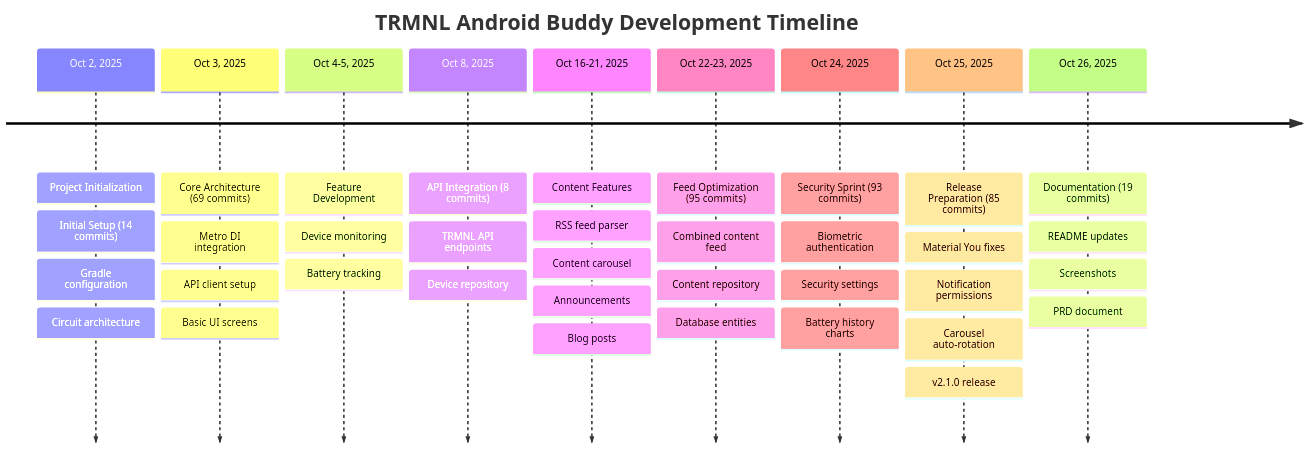
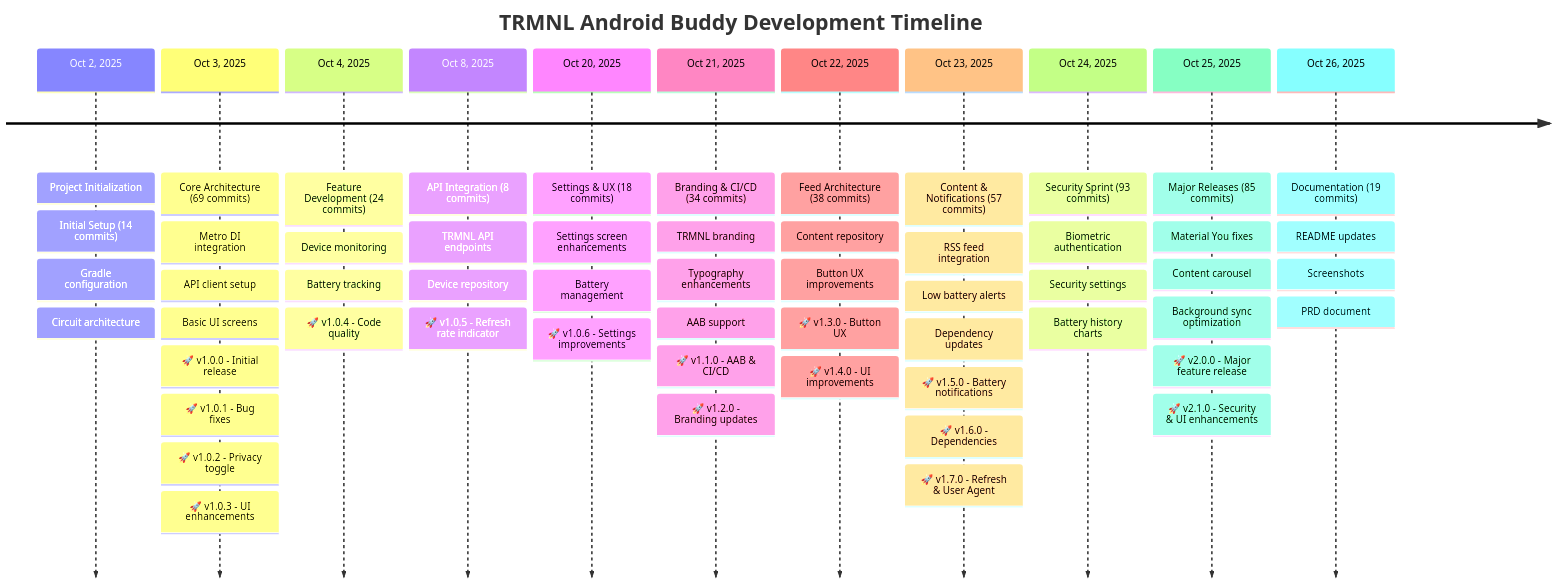
One commit to hossain-khan/trmnl-android-buddy changed the third of 3 diagrams in docs/PROJECT_ANALYSIS.md. Above: the diagram before and after it, drawn with Mermaid.

Commit message:
docs: Enhance timeline graph with all release tags
- Added all 16 release versions (v1.0.0 to v2.1.0) to timeline
- Organized releases by date with rocket emoji (🚀) for visibility
- Expanded timeline to show more granular development phases
- Includes release descriptions and key features for each version

````diff
--- a/docs/PROJECT_ANALYSIS.md
+++ b/docs/PROJECT_ANALYSIS.md
@@ -222,49 +222,71 @@
 ```mermaid
 timeline
     title TRMNL Android Buddy Development Timeline
     
     Oct 2, 2025 : Project Initialization
                 : Initial Setup (14 commits)
                 : Gradle configuration
                 : Circuit architecture
     
     Oct 3, 2025 : Core Architecture (69 commits)
                 : Metro DI integration
                 : API client setup
                 : Basic UI screens
+                : 🚀 v1.0.0 - Initial release
+                : 🚀 v1.0.1 - Bug fixes
+                : 🚀 v1.0.2 - Privacy toggle
+                : 🚀 v1.0.3 - UI enhancements
     
-    Oct 4-5, 2025 : Feature Development
-                  : Device monitoring
-                  : Battery tracking
+    Oct 4, 2025 : Feature Development (24 commits)
+                : Device monitoring
+                : Battery tracking
+                : 🚀 v1.0.4 - Code quality
     
     Oct 8, 2025 : API Integration (8 commits)
                 : TRMNL API endpoints
                 : Device repository
+                : 🚀 v1.0.5 - Refresh rate indicator
     
-    Oct 16-21, 2025 : Content Features
-                    : RSS feed parser
-                    : Content carousel
-                    : Announcements
-                    : Blog posts
+    Oct 20, 2025 : Settings & UX (18 commits)
+                 : Settings screen enhancements
+                 : Battery management
+                 : 🚀 v1.0.6 - Settings improvements
     
-    Oct 22-23, 2025 : Feed Optimization (95 commits)
-                    : Combined content feed
-                    : Content repository
-                    : Database entities
+    Oct 21, 2025 : Branding & CI/CD (34 commits)
+                 : TRMNL branding
+                 : Typography enhancements
+                 : AAB support
+                 : 🚀 v1.1.0 - AAB & CI/CD
+                 : 🚀 v1.2.0 - Branding updates
+    
+    Oct 22, 2025 : Feed Architecture (38 commits)
+                 : Content repository
+                 : Button UX improvements
+                 : 🚀 v1.3.0 - Button UX
+                 : 🚀 v1.4.0 - UI improvements
+    
+    Oct 23, 2025 : Content & Notifications (57 commits)
+                 : RSS feed integration
+                 : Low battery alerts
+                 : Dependency updates
+                 : 🚀 v1.5.0 - Battery notifications
+                 : 🚀 v1.6.0 - Dependencies
+                 : 🚀 v1.7.0 - Refresh & User Agent
     
     Oct 24, 2025 : Security Sprint (93 commits)
                  : Biometric authentication
                  : Security settings
                  : Battery history charts
     
-    Oct 25, 2025 : Release Preparation (85 commits)
+    Oct 25, 2025 : Major Releases (85 commits)
                  : Material You fixes
-                 : Notification permissions
-                 : Carousel auto-rotation
-                 : v2.1.0 release
+                 : Content carousel
+                 : Background sync optimization
+                 : 🚀 v2.0.0 - Major feature release
+                 : 🚀 v2.1.0 - Security & UI enhancements
     
     Oct 26, 2025 : Documentation (19 commits)
                  : README updates
                  : Screenshots
                  : PRD document
 ```
````
